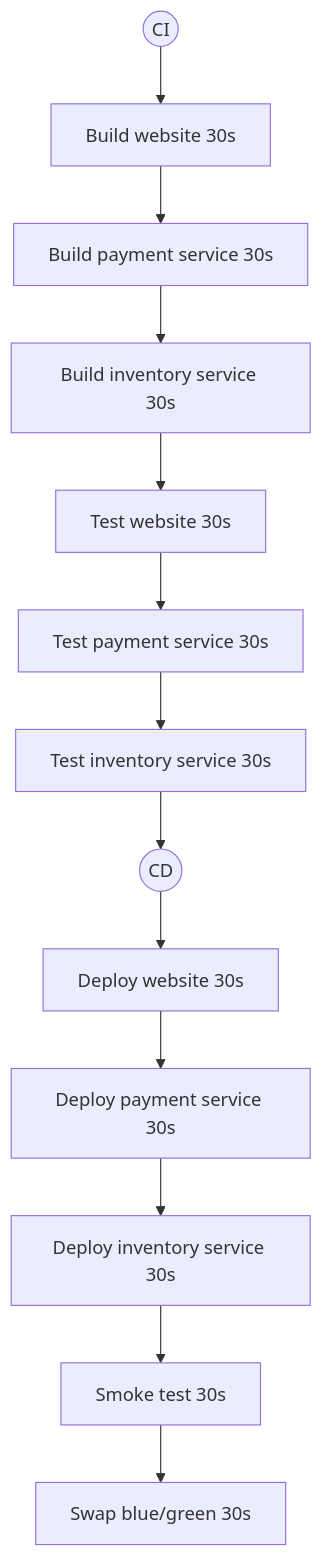
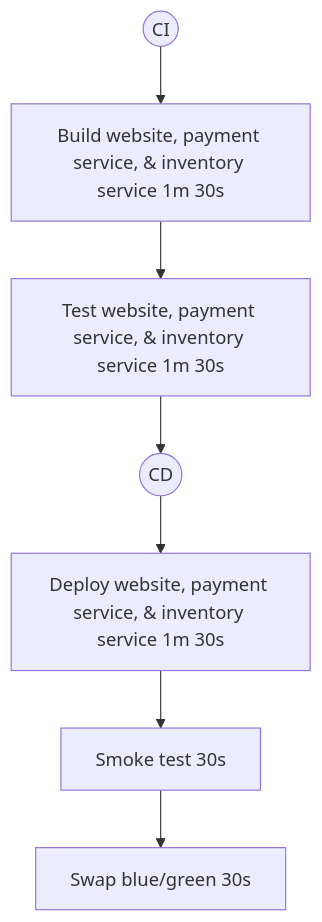
The first of 2 diagrams in README.md (samsmithnz/ParallelPipelinesDemo), drawn with Mermaid before and after one commit.

````diff
--- a/README.md
+++ b/README.md
@@ -5,5 +5,5 @@
 ```mermaid
   graph TD;
-      ci((CI))-->buildweb[Build website 30s]-->buildPaymentSystem[Build payment service 30s]-->buildInventoryService[Build inventory service 30s]-->testWebsite[Test website 30s]-->testsPaymentSystem[Test payment service 30s]-->testsInventorySystem[Test inventory service 30s]-->cd((CD));
-      cd((CD))-->deployWebsite[Deploy website 30s]-->deployPaymentService[Deploy payment service 30s]-->deployInventoryService[Deploy inventory service 30s]-->smoke[Smoke test 30s]-->swap[Swap blue/green 30s];
+      ci((CI))-->buildAll[Build website, payment service, & inventory service 1m 30s]-->testAll[Test website, payment service, & inventory service 1m 30s]-->cd((CD));
+      cd((CD))-->deployAll[Deploy website, payment service, & inventory service 1m 30s]-->smoke[Smoke test 30s]-->swap[Swap blue/green 30s];
 ```
````
